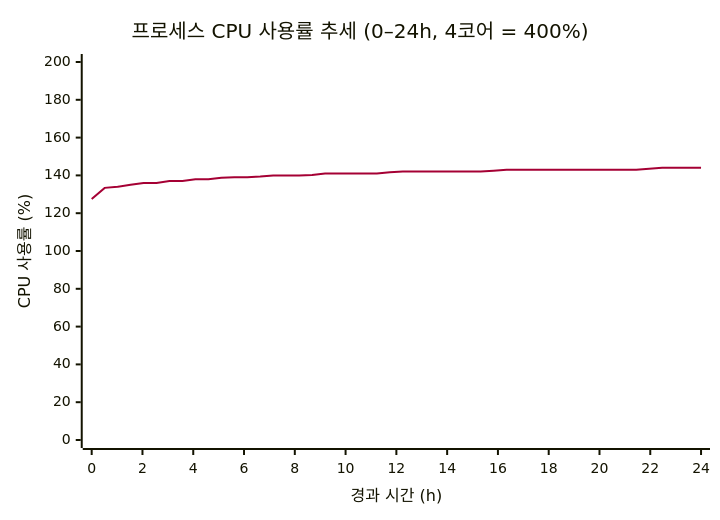
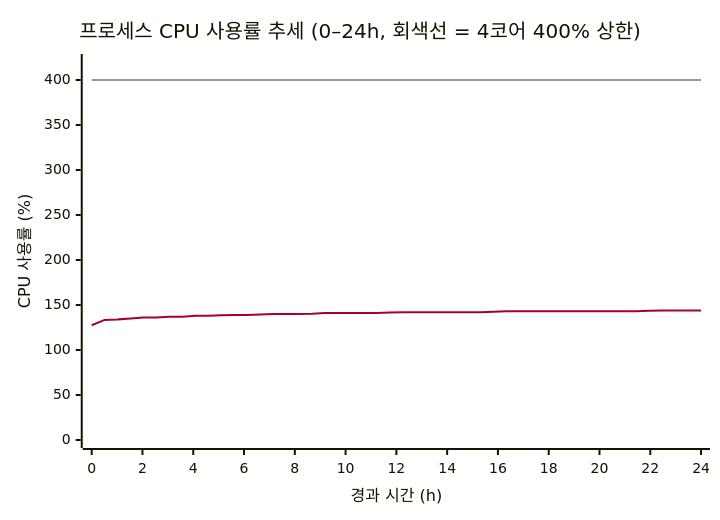
The third of 4 diagrams in Milestone/ko/4-Planned-Experiments.md (lgcmu2026-team5/TimeGrapher-Docs), drawn with Mermaid before and after one commit. The commit also changed other lines of this file and 1 other file, not shown here.

First line of the commit message:
docs(EXP-01/02/05): add gray reference lines to charts

````diff
--- a/Milestone/ko/4-Planned-Experiments.md
+++ b/Milestone/ko/4-Planned-Experiments.md
@@ -275,8 +277,9 @@
 ```mermaid
-%%{init: {"themeVariables": {"xyChart": {"plotColorPalette": "#A50034"}}}}%%
+%%{init: {"themeVariables": {"xyChart": {"plotColorPalette": "#A50034, #999999"}}}}%%
 xychart-beta
-    title "프로세스 CPU 사용률 추세 (0–24h, 4코어 = 400%)"
+    title "프로세스 CPU 사용률 추세 (0–24h, 회색선 = 4코어 400% 상한)"
     x-axis "경과 시간 (h)" 0 --> 24
-    y-axis "CPU 사용률 (%)" 0 --> 200
+    y-axis "CPU 사용률 (%)" 0 --> 420
     line [127.5, 133.4, 134.0, 135.0, 136.0, 136.0, 137.0, 137.0, 138.0, 138.0, 138.7, 139.0, 139.0, 139.4, 140.0, 140.0, 140.0, 140.2, 141.0, 141.0, 141.0, 141.0, 141.0, 141.7, 142.0, 142.0, 142.0, 142.0, 142.0, 142.0, 142.0, 142.5, 143.0, 143.0, 143.0, 143.0, 143.0, 143.0, 143.0, 143.0, 143.0, 143.0, 143.0, 143.5, 144.0, 144.0, 144.0, 144.0]
+    line [400, 400, 400, 400, 400, 400, 400, 400, 400, 400, 400, 400, 400, 400, 400, 400, 400, 400, 400, 400, 400, 400, 400, 400, 400, 400, 400, 400, 400, 400, 400, 400, 400, 400, 400, 400, 400, 400, 400, 400, 400, 400, 400, 400, 400, 400, 400, 400]
 ```
````
